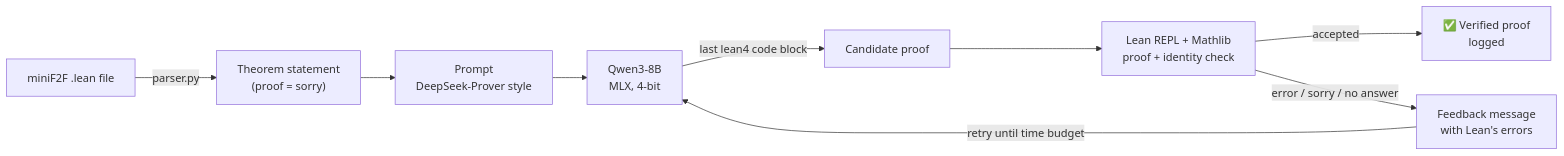
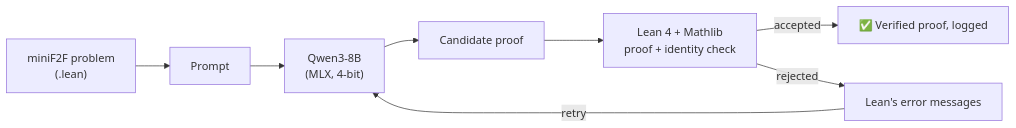
The diagram in README.md (educob23/LEAN_AI), drawn with Mermaid before and after one commit. The commit also changed other lines of this file, not shown here.

Commit message:
Rewrite README for a non-specialist reader: pitch, highlights, example proof

````diff
--- a/README.md
+++ b/README.md
@@ -60,11 +63,10 @@
 ```mermaid
 flowchart LR
-    A["miniF2F .lean file"] -->|parser.py| B["Theorem statement<br/>(proof = sorry)"]
-    B --> C["Prompt<br/>DeepSeek-Prover style"]
-    C --> D["Qwen3-8B<br/>MLX, 4-bit"]
-    D -->|"last lean4 code block"| E["Candidate proof"]
-    E --> F["Lean REPL + Mathlib<br/>proof + identity check"]
-    F -->|accepted| G["✅ Verified proof<br/>logged"]
-    F -->|"error / sorry / no answer"| H["Feedback message<br/>with Lean's errors"]
-    H -->|"retry until time budget"| D
+    A["miniF2F problem<br/>(.lean)"] --> B["Prompt"]
+    B --> C["Qwen3-8B<br/>(MLX, 4-bit)"]
+    C --> D["Candidate proof"]
+    D --> E["Lean 4 + Mathlib<br/>proof + identity check"]
+    E -->|accepted| F["✅ Verified proof, logged"]
+    E -->|rejected| G["Lean's error messages"]
+    G -->|retry| C
 ```
````
